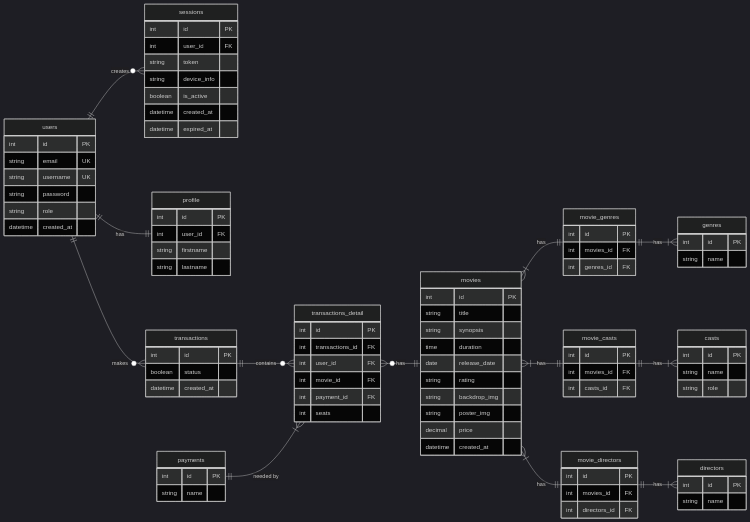
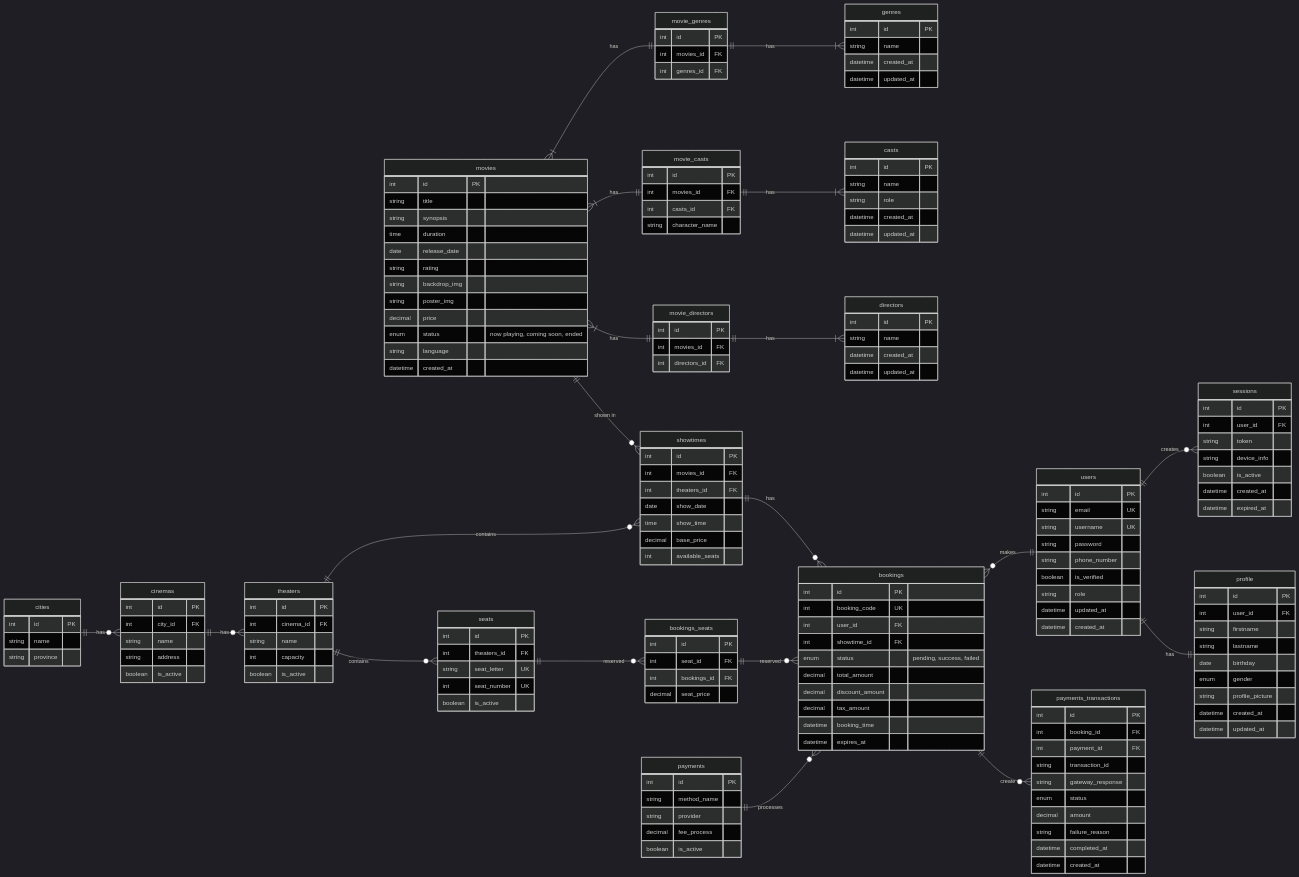
One commit to devbydenis/fgo24-db-weeklytask changed the diagram in README.md. Above: the diagram before and after it, drawn with Mermaid (dark theme). The commit also changed other lines of this file, not shown here.

Commit message:
chore: adding related table, fix relational between table, etc

````diff
--- a/README.md
+++ b/README.md
@@ -6,25 +6,38 @@
     direction LR
 
     users ||--o{ sessions :"creates"
-    users ||--|| profile :has
-    users ||--o{ transactions:makes
-    transactions ||--o{ transactions_detail:contains
-    transactions_detail }o--||movies:has
-    movie_genres||--|{ genres:has
-    movies }|--|| movie_genres:has
-    movie_casts||--|{ casts:has
-    movies }|--|| movie_casts:has
-    movies }|--|| movie_directors : has
-    movie_directors||--|{ directors:has
-    payments||--|{transactions_detail:"needed by"
+    users ||--|| profile : "has"
+
+    movie_genres||--|{ genres: "has"
+    movies }|--|| movie_genres: "has"
+    movie_casts||--|{ casts: "has"
+    movies }|--|| movie_casts: "has"
+    movies }|--|| movie_directors :  "has"
+    movie_directors||--|{ directors: "has"
+    movies ||--o{ showtimes: "shown in"
+
+    bookings }o--||users : "makes"
+    showtimes ||--o{ bookings : "has"
+    seats ||--o{ bookings_seats : "reserved"
+    bookings_seats ||--o{ bookings : "reserved"
+    payments ||--o{ bookings : "processes"
+    bookings ||--o{ payments_transactions : "create"
+
+    cities ||--o{ cinemas : "has"
+    cinemas ||--o{ theaters : "has"
+    theaters ||--o{ seats : "contains"
+    theaters ||--o{ showtimes : "contains"
 
     users {
-        int       id            PK
-        string    email         UK
-        string    username      UK
-        string    password
-        string    role
-        datetime  created_at
+        int         id            PK
+        string      email         UK
+        string      username      UK
+        string      password
+        string      phone_number
+        boolean     is_verified
+        string      role
+        datetime    updated_at
+        datetime    created_at
     }
 
     sessions {
@@ -40,8 +53,13 @@
     profile {
         int       id            PK
         int       user_id       FK
-        string    firstname 
-        string    lastname 
+        string    firstname
+        string    lastname
+        date      birthday
+        enum      gender
+        string    profile_picture
+        datetime  created_at
+        datetime  updated_at
     }
 
     movies {
@@ -54,28 +72,35 @@
         string      backdrop_img
         string      poster_img
         decimal     price
+        enum        status          "now playing, coming soon, ended"
+        string      language
         datetime    created_at
     }
 
     movie_casts{
-        int    id           PK
-        int    movies_id    FK
-        int    casts_id     FK
+        int     id              PK
+        int     movies_id       FK
+        int     casts_id        FK
+        string  character_name
     }
     casts {
-        int     id    PK
-        string  name
-        string  role
+        int       id            PK
+        string    name
+        string    role
+        datetime  created_at
+        datetime  updated_at
     }
 
     movie_directors{
-        int    id   PK
+        int    id              PK
         int    movies_id       FK
         int    directors_id    FK
     }
     directors {
-        int     id    PK
-        string  name  
+        int       id           PK
+        string    name
+        datetime  created_at
+        datetime  updated_at
     }
 
     movie_genres{
@@ -84,27 +109,90 @@
         int    genres_id    FK
     }
     genres {
-        int     id    PK
-        string  name
+        int       id        PK
+        string    name
+        datetime  created_at
+        datetime  updated_at
     }
 
-    payments{
-        int     id    PK
+    cities {
+        int id  PK
         string  name
+        string  province
     }
 
-    transactions{
-        int         id           PK
-        boolean     status
-        datetime    created_at
-    }
-    transactions_detail {
-        int     id               PK
-        int     transactions_id  FK
-        int     user_id          FK
-        int     movie_id         FK
-        int     payment_id       FK
-        int     seats
+    cinemas {
+        int     id          PK
+        int     city_id     FK
+        string  name
+        string  address
+        boolean is_active
     }
 
+    theaters {
+        int     id          PK
+        int     cinema_id   FK
+        string  name
+        int     capacity
+        boolean is_active
+    }
+
+    showtimes {
+        int     id              PK
+        int     movies_id        FK
+        int     theaters_id      FK
+        date    show_date
+        time    show_time
+        decimal base_price
+        int     available_seats
+    }
+
+    seats {
+        int     id          PK
+        int     theaters_id  FK
+        string  seat_letter UK
+        int     seat_number UK
+        boolean is_active
+    }
+
+    bookings_seats {
+        int     id              PK
+        int     seat_id         FK
+        int     bookings_id     FK
+        decimal seat_price
+    }
+
+    bookings {
+        int         id               PK
+        int         booking_code     UK
+        int         user_id          FK
+        int         showtime_id      FK
+        enum        status           "pending, success, failed"
+        decimal     total_amount
+        decimal     discount_amount
+        decimal     tax_amount
+        datetime    booking_time
+        datetime    expires_at
+    }
+
+    payments {
+        int     id              PK
+        string  method_name
+        string  provider
+        decimal fee_process
+        boolean is_active
+    }
+
+    payments_transactions {
+        int      id              PK
+        int      booking_id      FK
+        int      payment_id      FK
+        string   transaction_id
+        string   gateway_response 
+        enum     status
+        decimal  amount
+        string   failure_reason
+        datetime completed_at
+        datetime created_at
+    }
 ```
````
